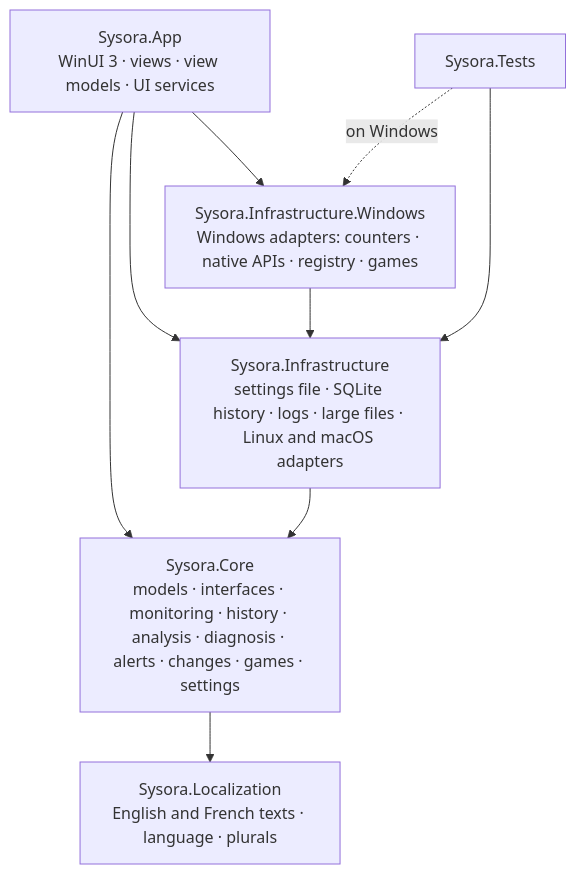
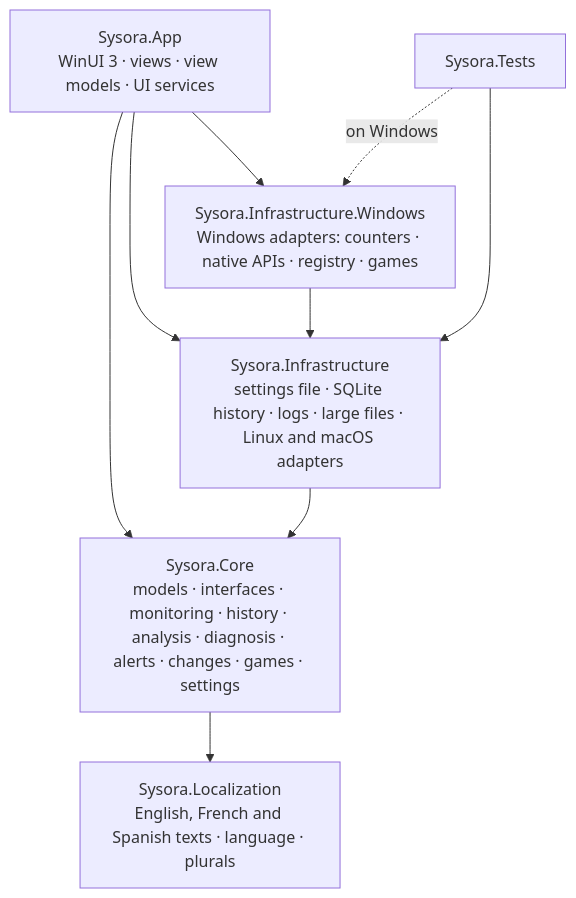
Before and after one commit to Elpo55/Sysora: the first of 4 diagrams in docs/architecture.md, drawn with Mermaid. The commit also changed other lines of this file and 7 other files, not shown here.

````diff
--- a/docs/architecture.md
+++ b/docs/architecture.md
@@ -5,17 +5,17 @@
 ```mermaid
 flowchart TB
     App["Sysora.App<br/>WinUI 3 · views · view models · UI services"]
     Win["Sysora.Infrastructure.Windows<br/>Windows adapters: counters · native APIs · registry · games"]
     Infra["Sysora.Infrastructure<br/>settings file · SQLite history · logs · large files · Linux and macOS adapters"]
     Core["Sysora.Core<br/>models · interfaces · monitoring · history · analysis · diagnosis · alerts · changes · games · settings"]
-    Loc["Sysora.Localization<br/>English and French texts · language · plurals"]
+    Loc["Sysora.Localization<br/>English, French and Spanish texts · language · plurals"]
     Tests["Sysora.Tests"]
     App --> Win
     App --> Infra
     App --> Core
     Win --> Infra
     Infra --> Core
     Core --> Loc
     Tests --> Infra
     Tests -. on Windows .-> Win
 ```
````
